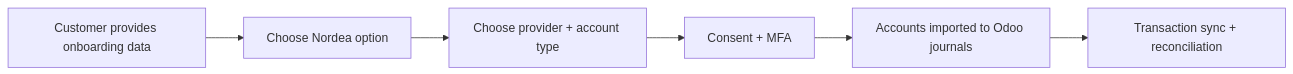
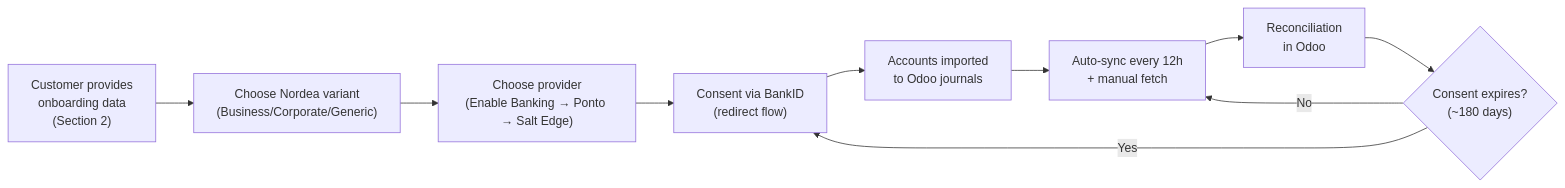
Before and after one commit to ozan-droid/documents: the diagram in NORDEA_BANK_SYNC_GUIDE.md, drawn with Mermaid. The commit also changed other lines of this file, not shown here.

````diff
--- a/NORDEA_BANK_SYNC_GUIDE.md
+++ b/NORDEA_BANK_SYNC_GUIDE.md
@@ -134,8 +304,12 @@
 ```mermaid
 flowchart LR
-    A[Customer provides onboarding data] --> B[Choose Nordea option]
-    B --> C[Choose provider + account type]
-    C --> D[Consent + MFA]
-    D --> E[Accounts imported to Odoo journals]
-    E --> F[Transaction sync + reconciliation]
+    A["Customer provides<br/>onboarding data<br/>(Section 2)"] --> B["Choose Nordea variant<br/>(Business/Corporate/Generic)"]
+    B --> C["Choose provider<br/>(Enable Banking → Ponto → Salt Edge)"]
+    C --> D["Consent via BankID<br/>(redirect flow)"]
+    D --> E["Accounts imported<br/>to Odoo journals"]
+    E --> F["Auto-sync every 12h<br/>+ manual fetch"]
+    F --> G["Reconciliation<br/>in Odoo"]
+    G --> H{"Consent expires?<br/>(~180 days)"}
+    H -->|Yes| D
+    H -->|No| F
 ```
````
